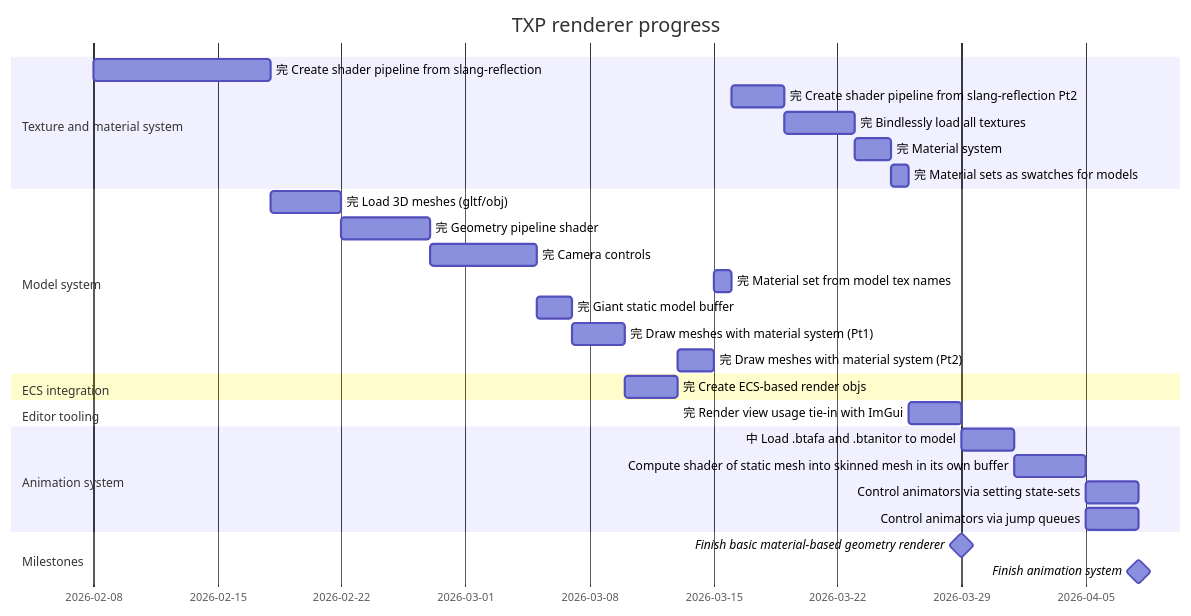
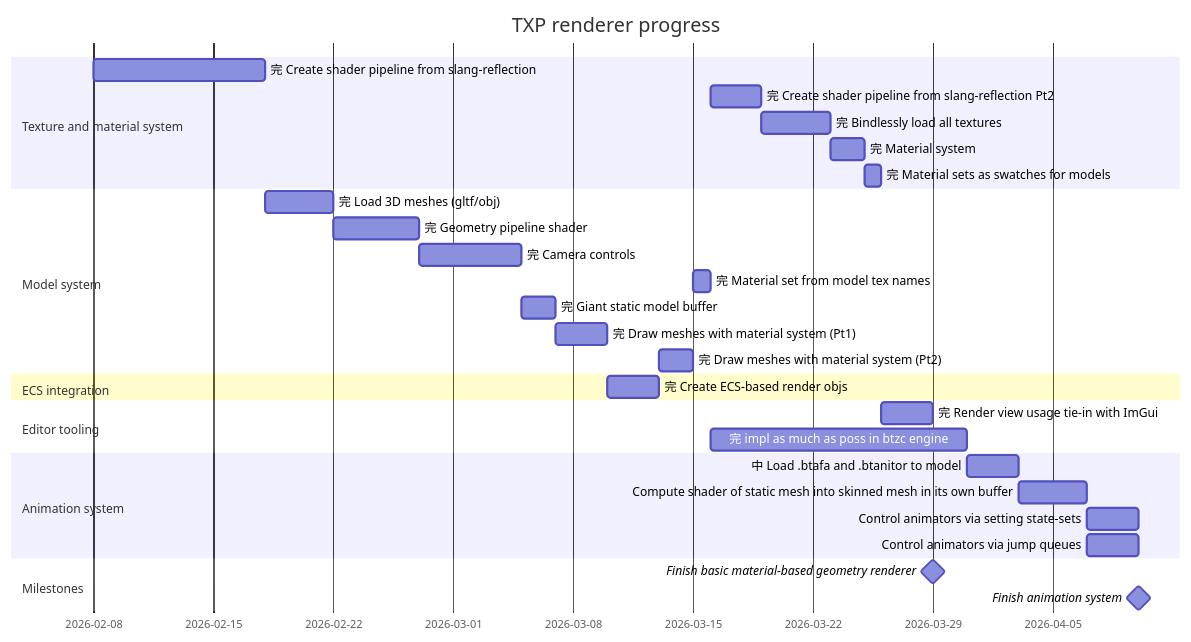
Before and after one commit to TheaGal/TXP_renderer: the second of 3 diagrams in README.md, drawn with Mermaid.

Commit message:
update gantt w btzc engine integration work

````diff
--- a/README.md
+++ b/README.md
@@ -110,31 +110,32 @@
 ```mermaid
 gantt
     title TXP renderer progress
     dateFormat YYYY/MM/DD
     section Texture and material system
         完 Create shader pipeline from slang-reflection  : a1, 2026/02/08, 10d
         完 Create shader pipeline from slang-reflection Pt2  : a1_1, after a6, 3d
         完 Bindlessly load all textures          : a2, after a1_1, 4d
         完 Material system                       : a3, after a2, 2d
         完 Material sets as swatches for models  : a4, after a3, 1d
     section Model system
         完 Load 3D meshes (gltf/obj)         : a5, after a1, 4d
         完 Geometry pipeline shader          : a5_1, after a5, 5d
         完 Camera controls                  : a5_2, after a5_1, 6d
         完 Material set from model tex names : a6, after a14, 1d
         完 Giant static model buffer         : a7, after a5_2, 2d
         完 Draw meshes with material system (Pt1)  : a8, after a7, 3d
         完 Draw meshes with material system (Pt2)  : a14, after a13, 2d
     section ECS integration
         完 Create ECS-based render objs : a13, after a8, 3d
     section Editor tooling
         完 Render view usage tie-in with ImGui : a15, after a4, 3d
+        完 impl as much as poss in btzc engine : a16, after a6, 15d
     section Animation system
-        中 Load .btafa and .btanitor to model : a9, after m1, 3d
+        中 Load .btafa and .btanitor to model : a9, after a16, 3d
         Compute shader of static mesh into skinned mesh in its own buffer : a10, after a9, 4d
         Control animators via setting state-sets : a11, after a10, 3d
         Control animators via jump queues : a12, after a10, 3d
     section Milestones
         Finish basic material-based geometry renderer : milestone, m1, after a15, 0d
         Finish animation system : milestone, m2, after a12, 0d
 ```
````
